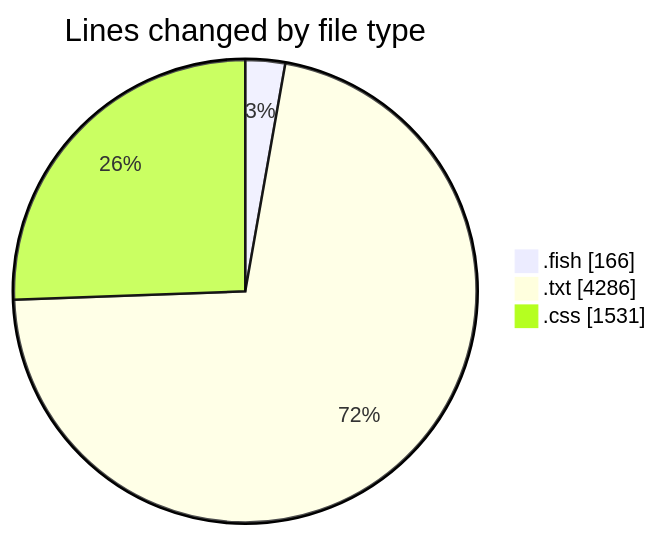
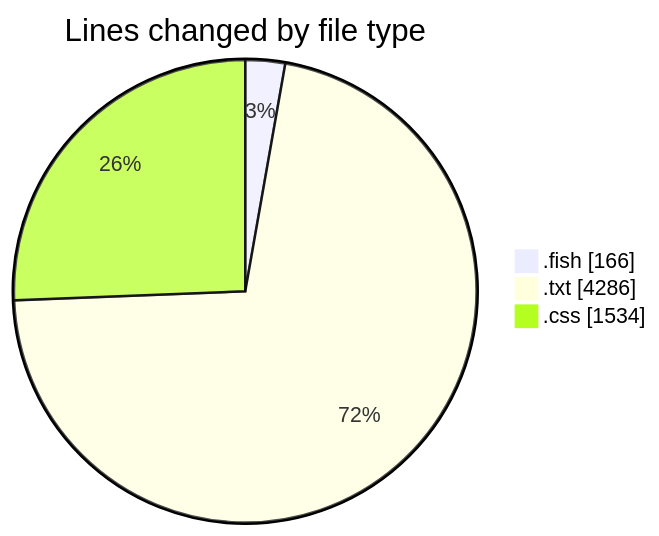
One commit to EIIisD/code-tracking changed the first of 2 diagrams in 2025-07-21/fish/README.md. Above: the diagram before and after it, drawn with Mermaid. The commit also changed other lines of this file and 1 other file, not shown here.

````diff
--- a/2025-07-21/fish/README.md
+++ b/2025-07-21/fish/README.md
@@ -23,7 +23,7 @@
 ```mermaid
 pie showData
 title Lines changed by file type
 ".fish" : 166
 ".txt" : 4286
-".css" : 1531
+".css" : 1534
 ```
````
